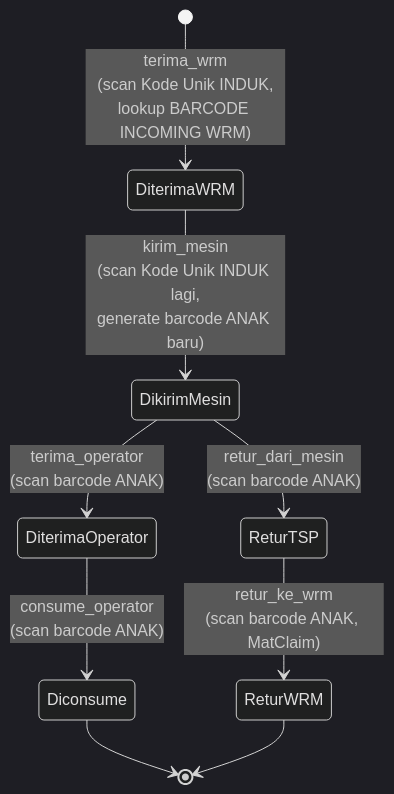
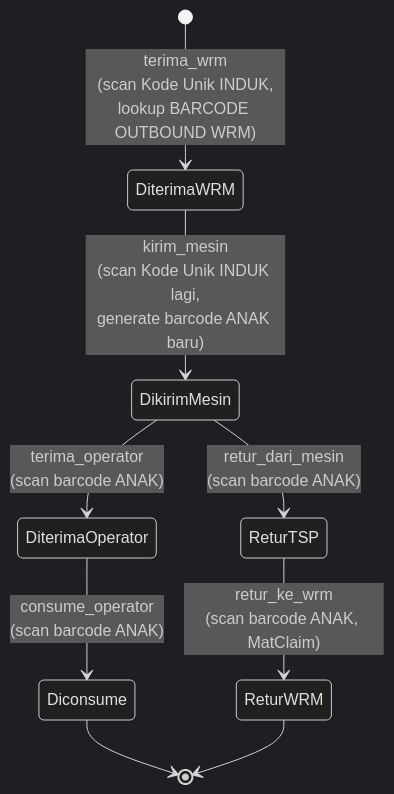
The third of 5 diagrams in dokumentasi/DEPENDENCY_MAP.md (imannurchaedi-max/TSP), drawn with Mermaid (dark theme) before and after one commit. The commit also changed other lines of this file and 24 other files, not shown here.

````diff
--- a/dokumentasi/DEPENDENCY_MAP.md
+++ b/dokumentasi/DEPENDENCY_MAP.md
@@ -69,11 +69,11 @@
 ```mermaid
 stateDiagram-v2
-  [*] --> DiterimaWRM: terima_wrm<br/>(scan Kode Unik INDUK,<br/>lookup BARCODE INCOMING WRM)
+  [*] --> DiterimaWRM: terima_wrm<br/>(scan Kode Unik INDUK,<br/>lookup BARCODE OUTBOUND WRM)
   DiterimaWRM --> DikirimMesin: kirim_mesin<br/>(scan Kode Unik INDUK lagi,<br/>generate barcode ANAK baru)
   DikirimMesin --> DiterimaOperator: terima_operator<br/>(scan barcode ANAK)
   DiterimaOperator --> Diconsume: consume_operator<br/>(scan barcode ANAK)
   DikirimMesin --> ReturTSP: retur_dari_mesin<br/>(scan barcode ANAK)
   ReturTSP --> ReturWRM: retur_ke_wrm<br/>(scan barcode ANAK, MatClaim)
   Diconsume --> [*]
   ReturWRM --> [*]
 ```
````
